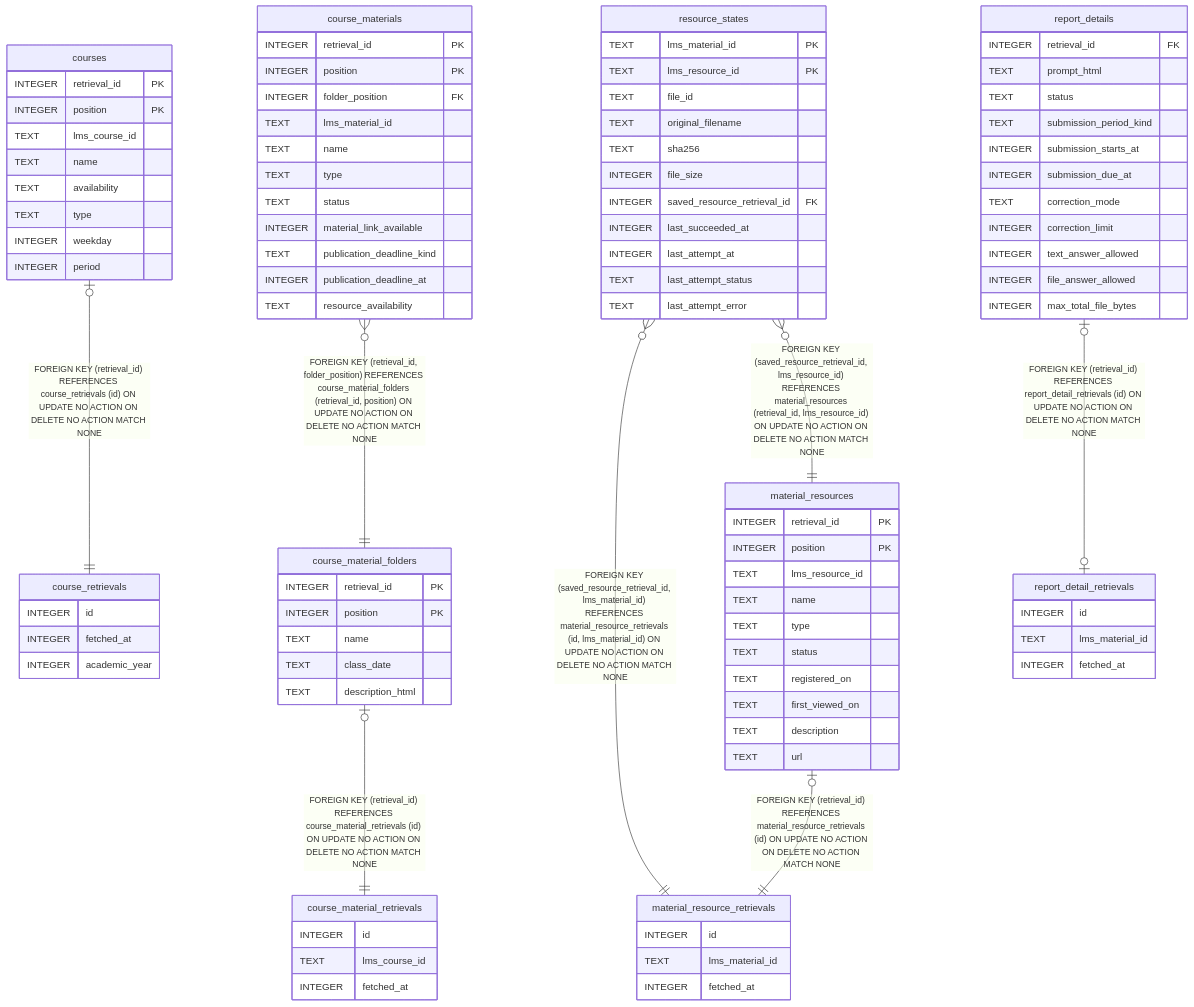
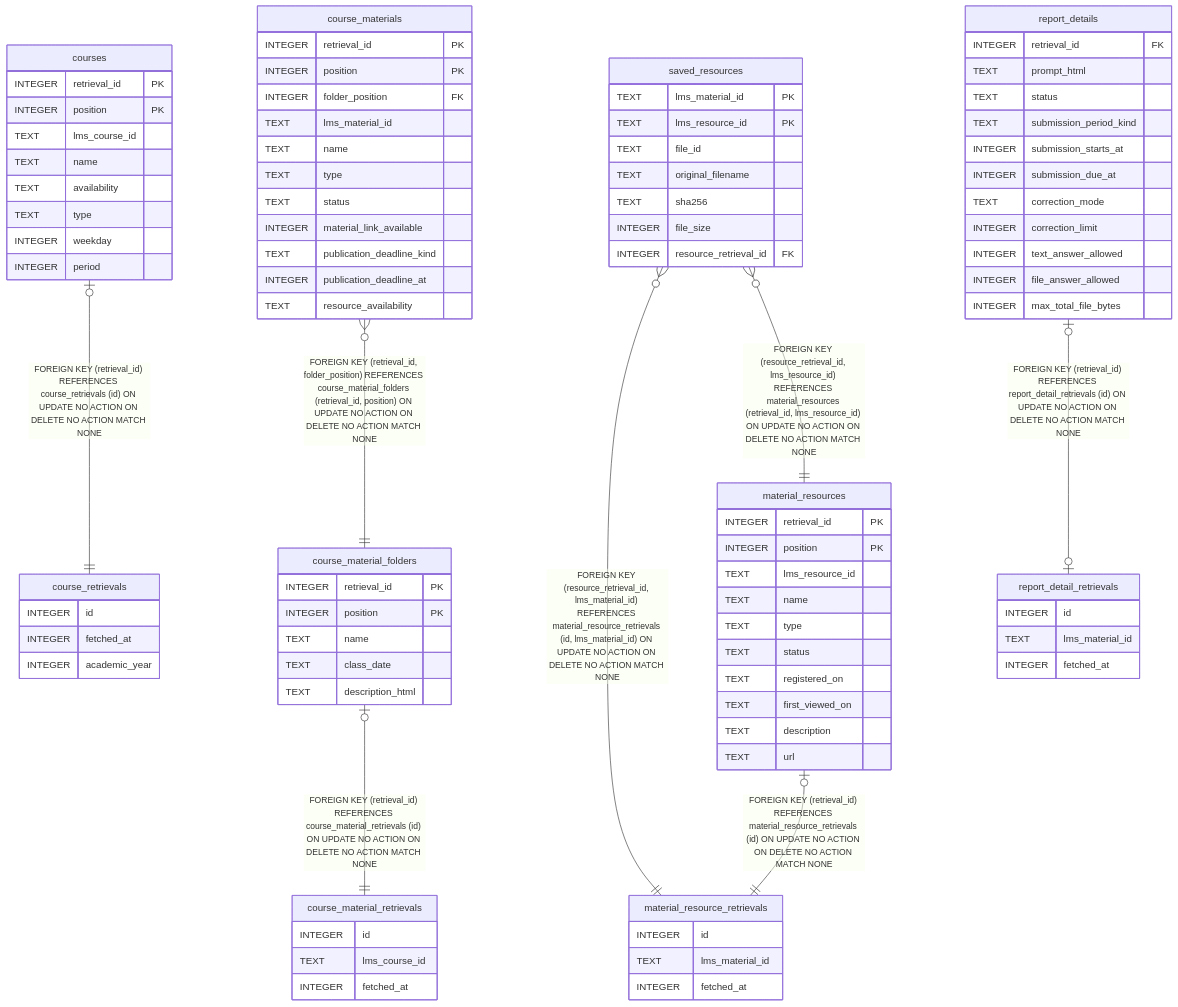
Before and after one commit to futsuuu/ku-potato: the diagram in docs/db/README.md, drawn with Mermaid. The commit also changed other lines of this file and 29 other files, not shown here.

```diff
--- a/docs/db/README.md
+++ b/docs/db/README.md
@@ -24,8 +24,8 @@
 "course_material_folders" |o--|| "course_material_retrievals" : "FOREIGN KEY (retrieval_id) REFERENCES course_material_retrievals (id) ON UPDATE NO ACTION ON DELETE NO ACTION MATCH NONE"
 "course_materials" }o--|| "course_material_folders" : "FOREIGN KEY (retrieval_id, folder_position) REFERENCES course_material_folders (retrieval_id, position) ON UPDATE NO ACTION ON DELETE NO ACTION MATCH NONE"
 "material_resources" |o--|| "material_resource_retrievals" : "FOREIGN KEY (retrieval_id) REFERENCES material_resource_retrievals (id) ON UPDATE NO ACTION ON DELETE NO ACTION MATCH NONE"
-"resource_states" }o--|| "material_resource_retrievals" : "FOREIGN KEY (saved_resource_retrieval_id, lms_material_id) REFERENCES material_resource_retrievals (id, lms_material_id) ON UPDATE NO ACTION ON DELETE NO ACTION MATCH NONE"
-"resource_states" }o--|| "material_resources" : "FOREIGN KEY (saved_resource_retrieval_id, lms_resource_id) REFERENCES material_resources (retrieval_id, lms_resource_id) ON UPDATE NO ACTION ON DELETE NO ACTION MATCH NONE"
+"saved_resources" }o--|| "material_resource_retrievals" : "FOREIGN KEY (resource_retrieval_id, lms_material_id) REFERENCES material_resource_retrievals (id, lms_material_id) ON UPDATE NO ACTION ON DELETE NO ACTION MATCH NONE"
+"saved_resources" }o--|| "material_resources" : "FOREIGN KEY (resource_retrieval_id, lms_resource_id) REFERENCES material_resources (retrieval_id, lms_resource_id) ON UPDATE NO ACTION ON DELETE NO ACTION MATCH NONE"
 "report_details" |o--o| "report_detail_retrievals" : "FOREIGN KEY (retrieval_id) REFERENCES report_detail_retrievals (id) ON UPDATE NO ACTION ON DELETE NO ACTION MATCH NONE"
 
 "course_retrievals" {
@@ -85,18 +85,14 @@
   TEXT description
   TEXT url
 }
-"resource_states" {
+"saved_resources" {
   TEXT lms_material_id PK
   TEXT lms_resource_id PK
   TEXT file_id
   TEXT original_filename
   TEXT sha256
   INTEGER file_size
-  INTEGER saved_resource_retrieval_id FK
-  INTEGER last_succeeded_at
-  INTEGER last_attempt_at
-  TEXT last_attempt_status
-  TEXT last_attempt_error
+  INTEGER resource_retrieval_id FK
 }
 "report_detail_retrievals" {
   INTEGER id
```
